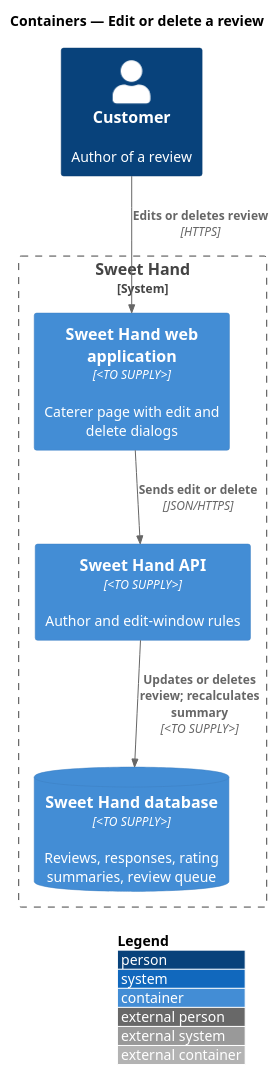
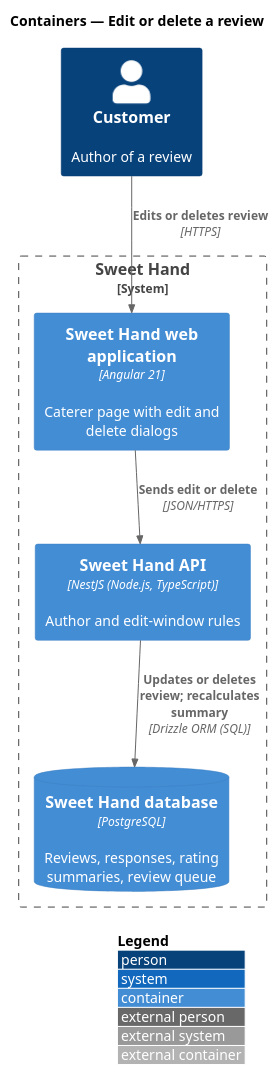
Before and after one commit to QuinntyneBrown/sweet-hand: the diagram in docs/detailed-designs/reviews/edit-or-delete-review/diagrams/c4-container.puml, drawn with PlantUML. The commit also changed 21 other files, not shown here.

```diff
--- a/docs/detailed-designs/reviews/edit-or-delete-review/diagrams/c4-container.puml
+++ b/docs/detailed-designs/reviews/edit-or-delete-review/diagrams/c4-container.puml
@@ -1,15 +1,15 @@
 @startuml
 !include <C4/C4_Container>
 LAYOUT_WITH_LEGEND()
 title Containers — Edit or delete a review
 
 Person(customer, "Customer", "Author of a review")
 System_Boundary(sweethand, "Sweet Hand") {
-  Container(web, "Sweet Hand web application", "<TO SUPPLY>", "Caterer page with edit and delete dialogs")
-  Container(api, "Sweet Hand API", "<TO SUPPLY>", "Author and edit-window rules")
-  ContainerDb(db, "Sweet Hand database", "<TO SUPPLY>", "Reviews, responses, rating summaries, review queue")
+  Container(web, "Sweet Hand web application", "Angular 21", "Caterer page with edit and delete dialogs")
+  Container(api, "Sweet Hand API", "NestJS (Node.js, TypeScript)", "Author and edit-window rules")
+  ContainerDb(db, "Sweet Hand database", "PostgreSQL", "Reviews, responses, rating summaries, review queue")
 }
 Rel(customer, web, "Edits or deletes review", "HTTPS")
 Rel(web, api, "Sends edit or delete", "JSON/HTTPS")
-Rel(api, db, "Updates or deletes review; recalculates summary", "<TO SUPPLY>")
+Rel(api, db, "Updates or deletes review; recalculates summary", "Drizzle ORM (SQL)")
 @enduml
```
